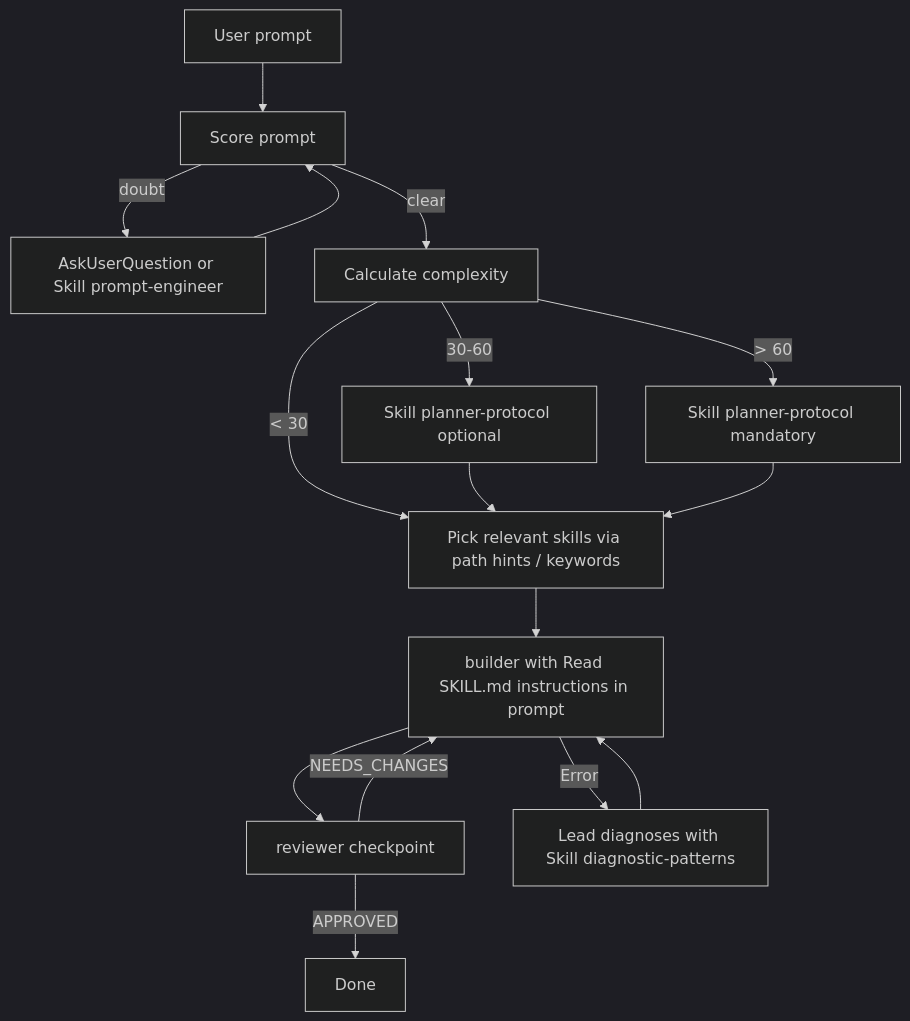
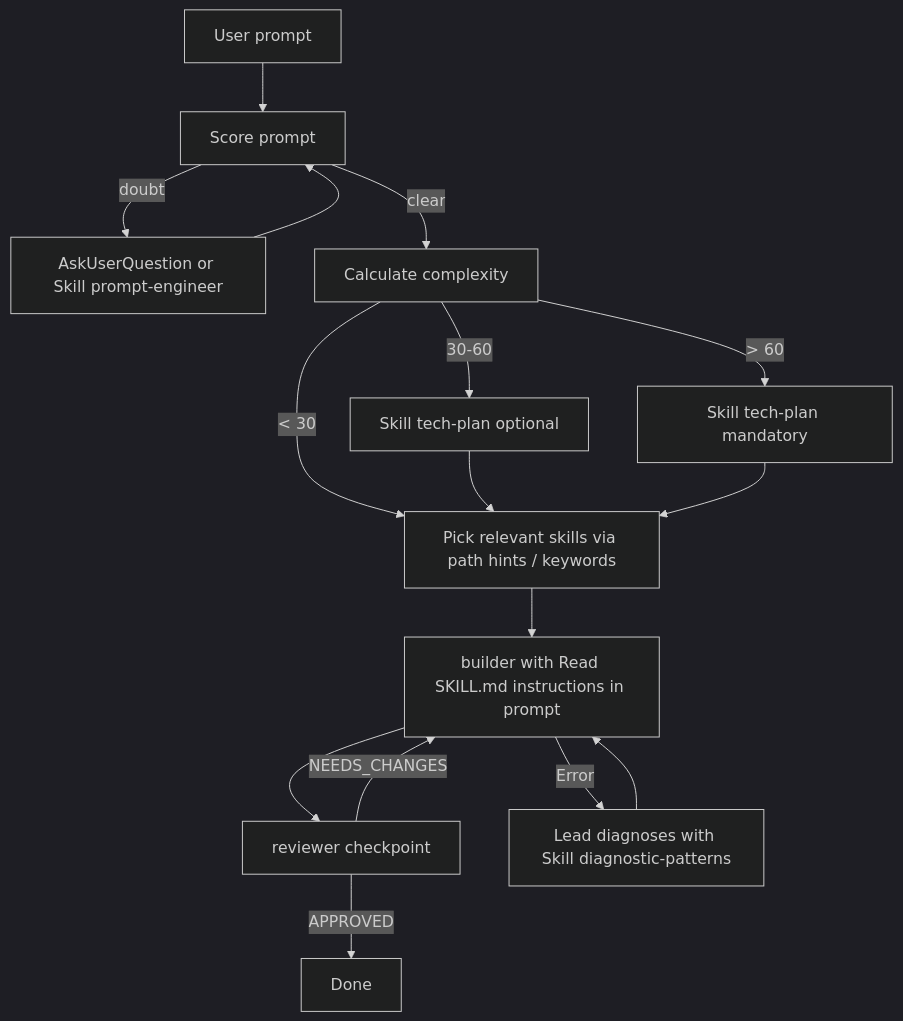
One commit to MaciWP/claude-code-poneglyph changed the diagram in CLAUDE.md. Above: the diagram before and after it, drawn with Mermaid (dark theme). The commit also changed other lines of this file and 24 other files, not shown here.

First line of the commit message:
feat(skills): US3 tech-plan (Phase 2) + MIGRAR-Y-CUT planner-protocol legacy

````diff
--- a/CLAUDE.md
+++ b/CLAUDE.md
@@ -153,17 +153,17 @@
 ```mermaid
 graph TD
     U[User prompt] --> S[Score prompt]
     S -->|doubt| AQ[AskUserQuestion or Skill prompt-engineer]
     AQ --> S
     S -->|clear| C[Calculate complexity]
     C -->|< 30| SK[Pick relevant skills via path hints / keywords]
-    C -->|30-60| P1[Skill planner-protocol optional]
-    C -->|> 60| P2[Skill planner-protocol mandatory]
+    C -->|30-60| P1[Skill tech-plan optional]
+    C -->|> 60| P2[Skill tech-plan mandatory]
     P1 & P2 --> SK
     SK --> B[builder with Read SKILL.md instructions in prompt]
     B --> R[reviewer checkpoint]
     R -->|APPROVED| D[Done]
     R -->|NEEDS_CHANGES| B
     B -->|Error| DG[Lead diagnoses with Skill diagnostic-patterns]
     DG --> B
 ```
````
